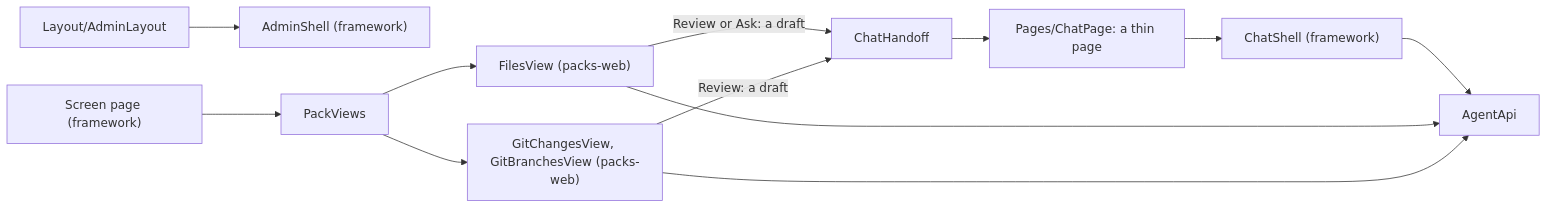
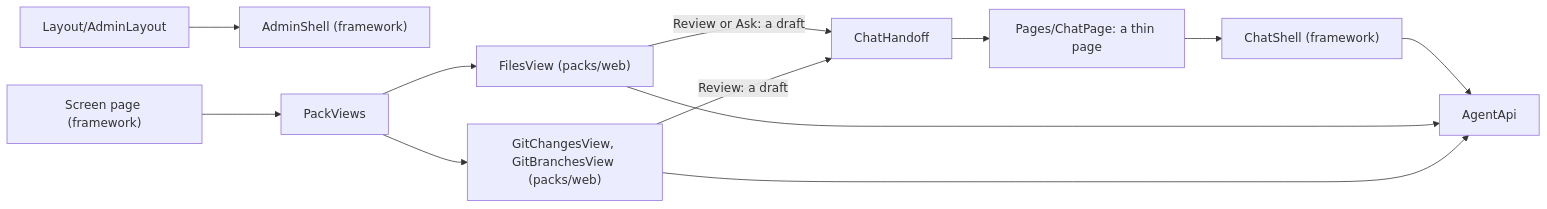
Before and after one commit to bosbevk/louis-agent: the first of 2 diagrams in demos/louis-agent/docs/projects/louis-agent.code-review.md, drawn with Mermaid. The commit also changed other lines of this file and 33 other files, not shown here.

````diff
--- a/demos/louis-agent/docs/projects/louis-agent.code-review.md
+++ b/demos/louis-agent/docs/projects/louis-agent.code-review.md
@@ -14,14 +14,14 @@
 ```mermaid
 flowchart LR
     Page["Pages/ChatPage: a thin page"] --> Shell["ChatShell (framework)"]
     Admin["Layout/AdminLayout"] --> AdminShell["AdminShell (framework)"]
     Screen["Screen page (framework)"] --> Views["PackViews"]
-    Views --> Files["FilesView (packs-web)"]
-    Views --> Git["GitChangesView, GitBranchesView (packs-web)"]
+    Views --> Files["FilesView (packs/web)"]
+    Views --> Git["GitChangesView, GitBranchesView (packs/web)"]
     Files -->|Review or Ask: a draft| Handoff["ChatHandoff"]
     Git -->|Review: a draft| Handoff
     Handoff --> Page
     Shell --> Api["AgentApi"]
     Files --> Api
     Git --> Api
 ```
````
